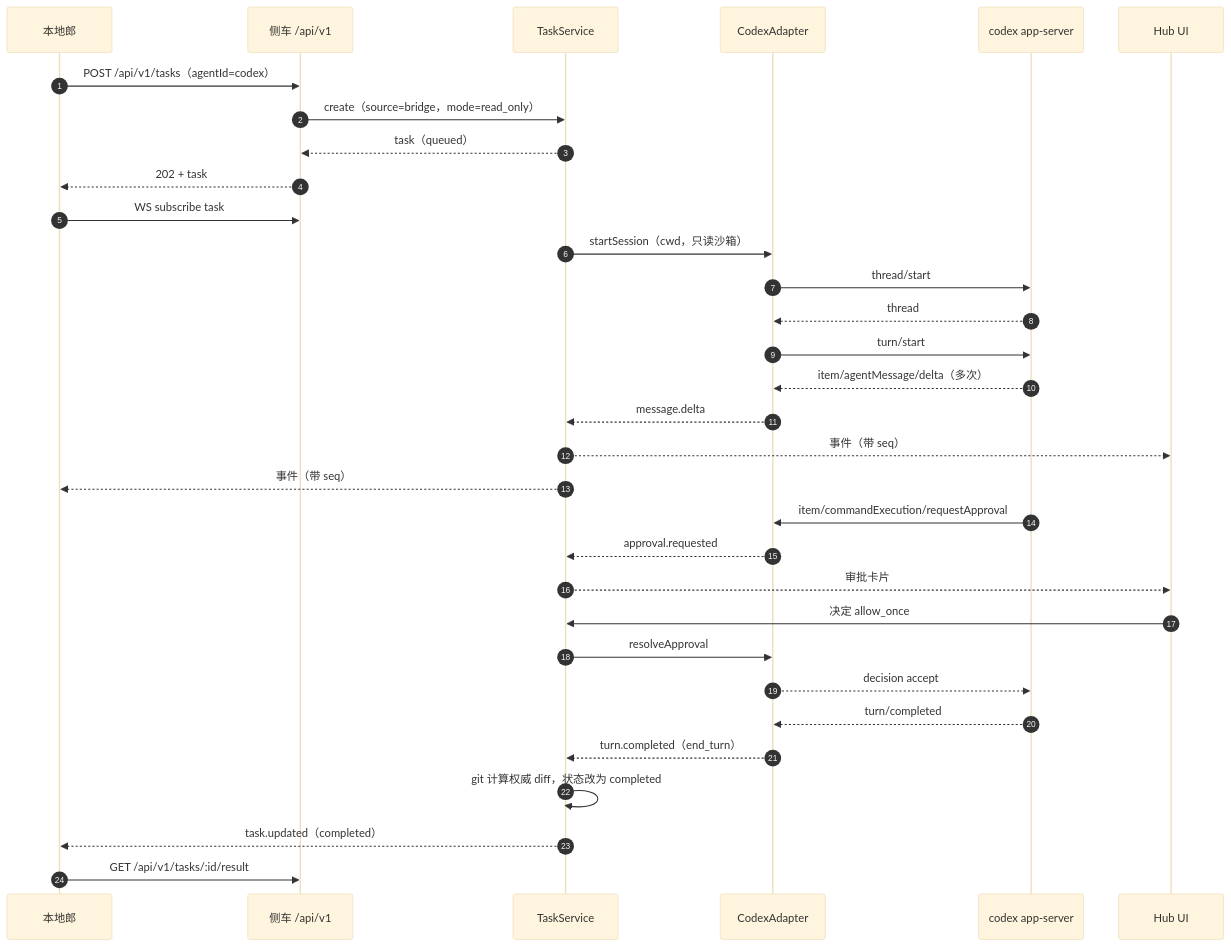
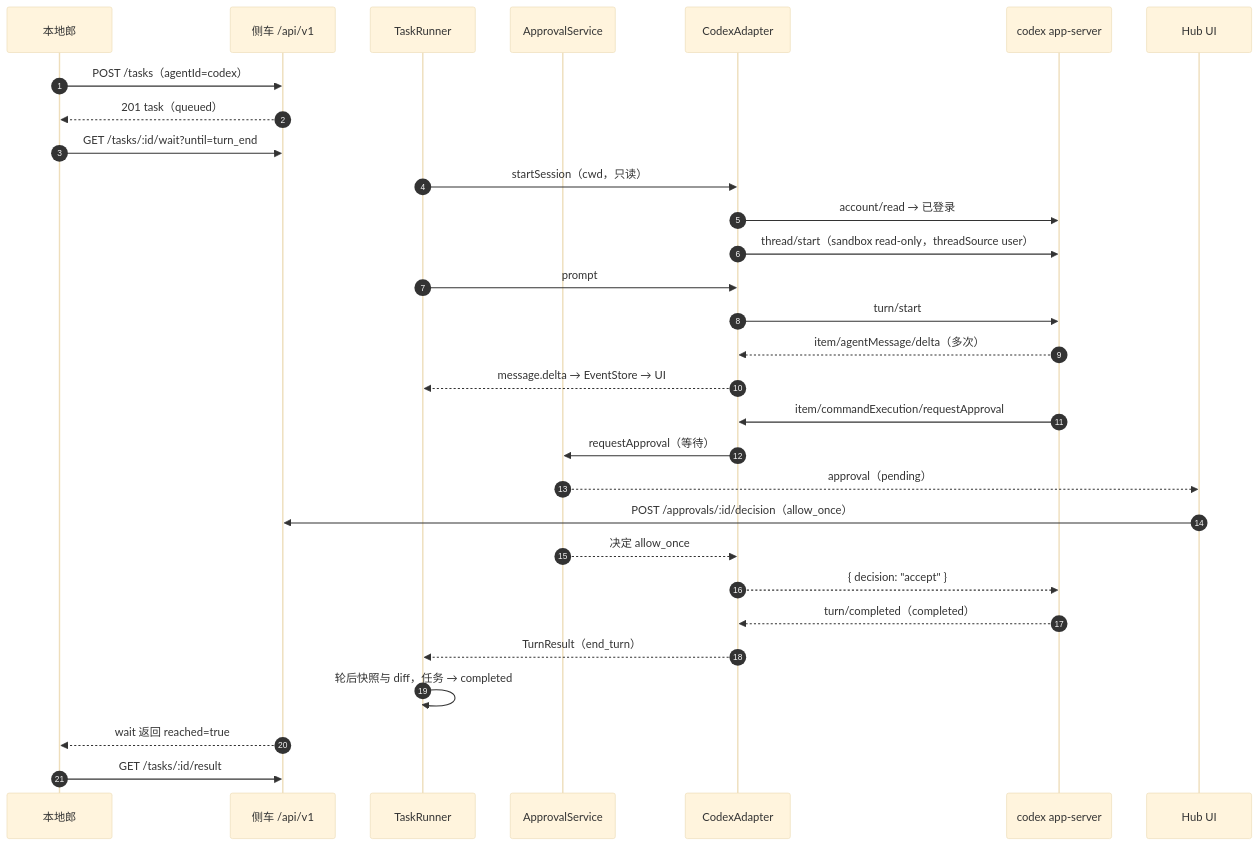
Before and after one commit to xv-jiaqi/multi-apps: the third of 5 diagrams in apps/agent-hub/docs/architecture.md, drawn with Mermaid (base theme). The commit also changed other lines of this file and 3 other files, not shown here.

Commit message:
docs(docs): rewrite agent-hub README, architecture and decisions for tauri + node:sqlite

````diff
--- a/apps/agent-hub/docs/architecture.md
+++ b/apps/agent-hub/docs/architecture.md
@@ -230,34 +507,32 @@
 ```mermaid
 sequenceDiagram
   autonumber
   participant B as 本地郎
   participant API as 侧车 /api/v1
-  participant T as TaskService
+  participant R as TaskRunner
+  participant AP as ApprovalService
   participant C as CodexAdapter
   participant X as codex app-server
   participant UI as Hub UI
-  B->>API: POST /api/v1/tasks（agentId=codex）
-  API->>T: create（source=bridge，mode=read_only）
-  T-->>API: task（queued）
-  API-->>B: 202 + task
-  B->>API: WS subscribe task
-  T->>C: startSession（cwd，只读沙箱）
-  C->>X: thread/start
-  X-->>C: thread
+  B->>API: POST /tasks（agentId=codex）
+  API-->>B: 201 task（queued）
+  B->>API: GET /tasks/:id/wait?until=turn_end
+  R->>C: startSession（cwd，只读）
+  C->>X: account/read → 已登录
+  C->>X: thread/start（sandbox read-only，threadSource user）
+  R->>C: prompt
   C->>X: turn/start
   X-->>C: item/agentMessage/delta（多次）
-  C-->>T: message.delta
-  T-->>UI: 事件（带 seq）
-  T-->>B: 事件（带 seq）
+  C-->>R: message.delta → EventStore → UI
   X->>C: item/commandExecution/requestApproval
-  C-->>T: approval.requested
-  T-->>UI: 审批卡片
-  UI->>T: 决定 allow_once
-  T->>C: resolveApproval
-  C-->>X: decision accept
-  X-->>C: turn/completed
-  C-->>T: turn.completed（end_turn）
-  T->>T: git 计算权威 diff，状态改为 completed
-  T-->>B: task.updated（completed）
-  B->>API: GET /api/v1/tasks/:id/result
+  C->>AP: requestApproval（等待）
+  AP-->>UI: approval（pending）
+  UI->>API: POST /approvals/:id/decision（allow_once）
+  AP-->>C: 决定 allow_once
+  C-->>X: { decision: "accept" }
+  X-->>C: turn/completed（completed）
+  C-->>R: TurnResult（end_turn）
+  R->>R: 轮后快照与 diff，任务 → completed
+  API-->>B: wait 返回 reached=true
+  B->>API: GET /tasks/:id/result
 ```
````
